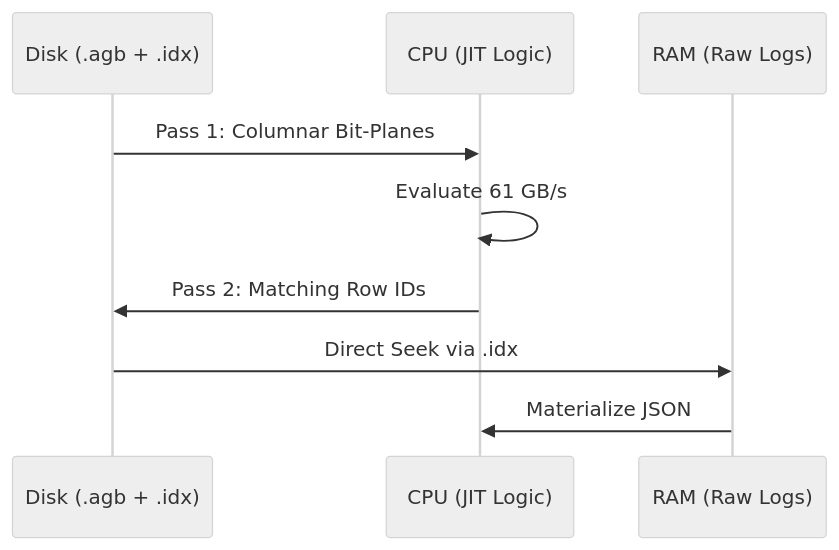
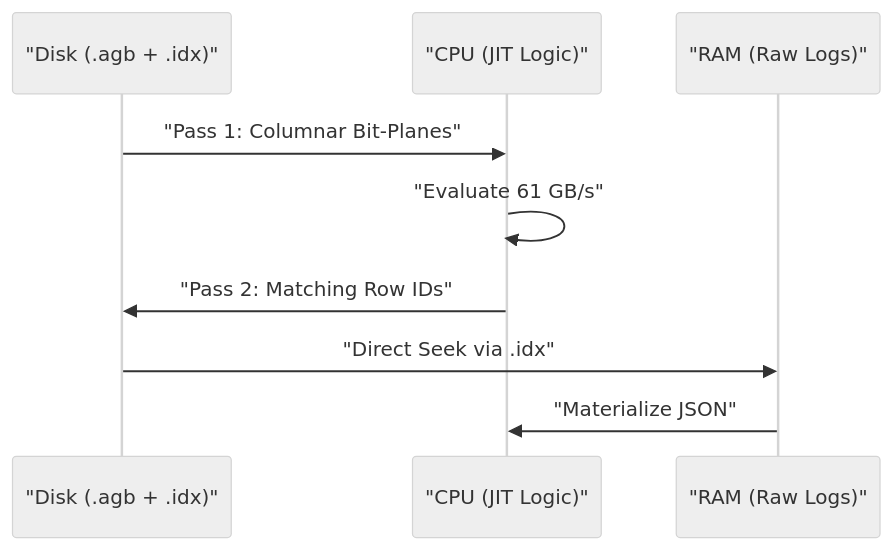
One commit to Suprath/AarchGate changed the eighth of 10 diagrams in research/paper.md. Above: the diagram before and after it, drawn with Mermaid (neutral theme). The commit also changed other lines of this file, not shown here.

Commit message:
docs: fix Mermaid syntax errors by quoting all labels

````diff
--- a/research/paper.md
+++ b/research/paper.md
@@ -523,12 +522,12 @@
 ```mermaid
 sequenceDiagram
-    participant D as Disk (.agb + .idx)
-    participant C as CPU (JIT Logic)
-    participant R as RAM (Raw Logs)
+    participant D as "Disk (.agb + .idx)"
+    participant C as "CPU (JIT Logic)"
+    participant R as "RAM (Raw Logs)"
     
-    D->>C: Pass 1: Columnar Bit-Planes
-    C->>C: Evaluate 61 GB/s
-    C->>D: Pass 2: Matching Row IDs
-    D->>R: Direct Seek via .idx
-    R->>C: Materialize JSON
+    D->>C: "Pass 1: Columnar Bit-Planes"
+    C->>C: "Evaluate 61 GB/s"
+    C->>D: "Pass 2: Matching Row IDs"
+    D->>R: "Direct Seek via .idx"
+    R->>C: "Materialize JSON"
 ```
````
